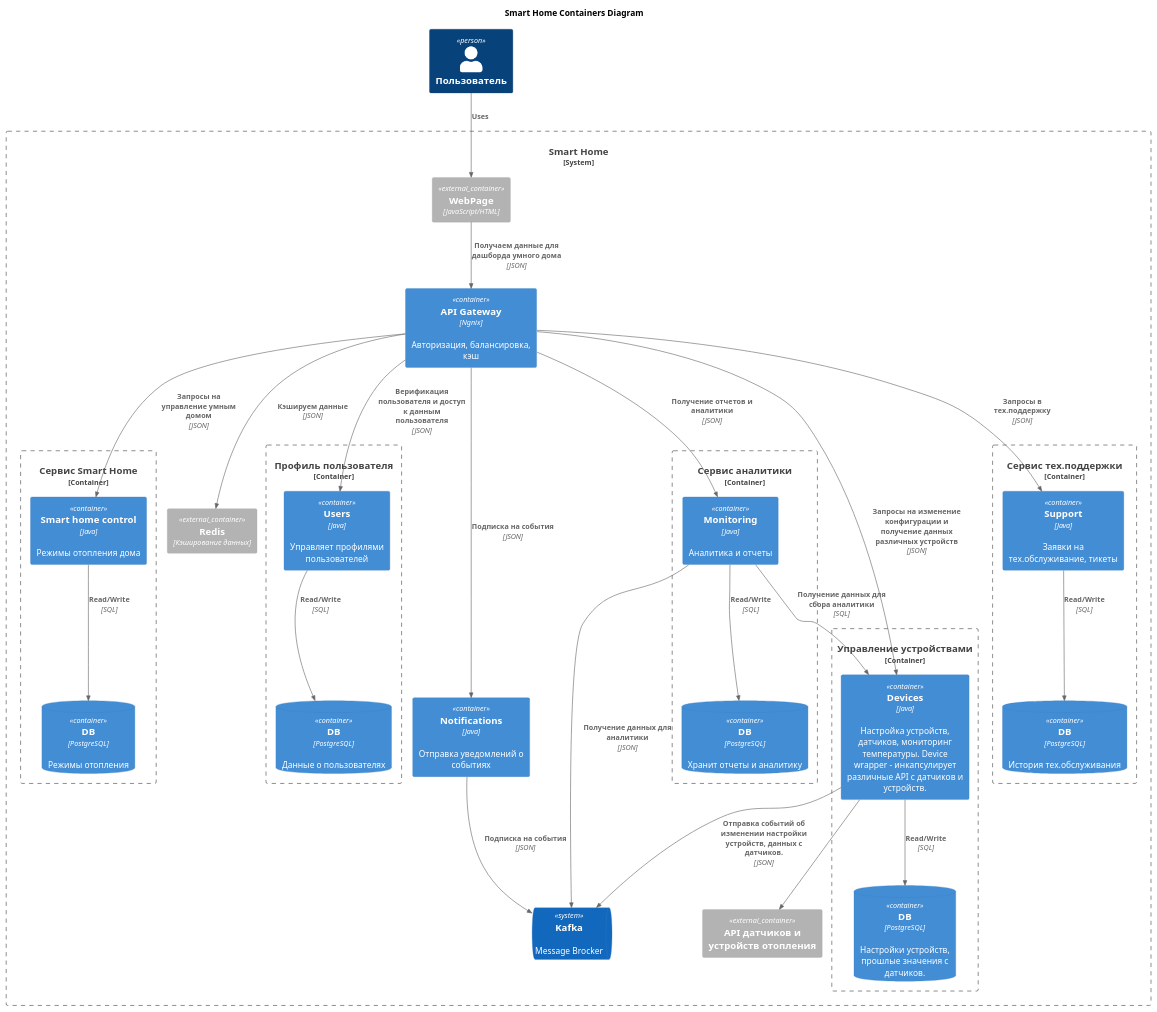
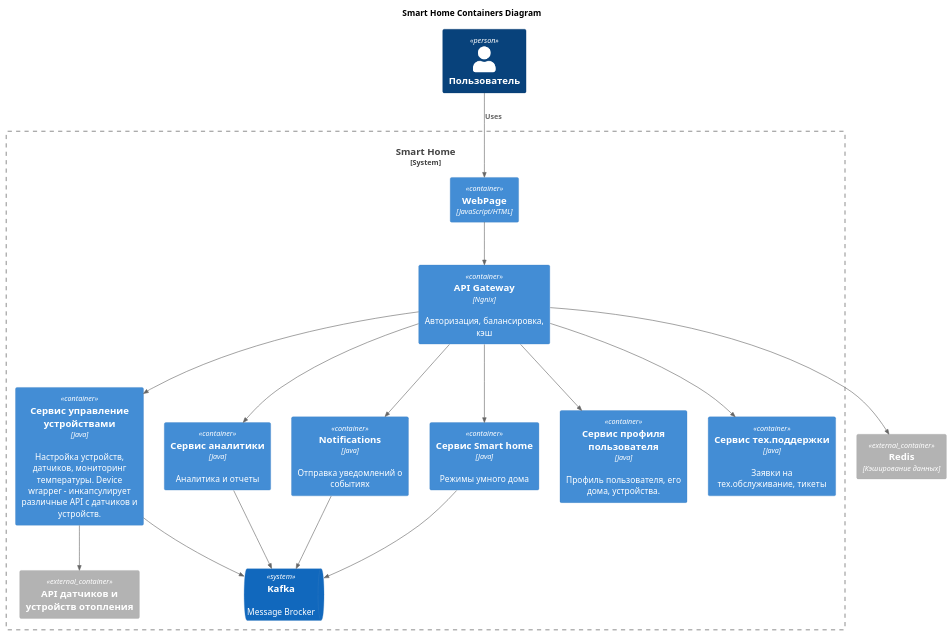
Before and after one commit to AlbertDavletov/architecture-sprint-3: the diagram in docs/containers/smart-home-containers.puml, drawn with PlantUML. The commit also changed 1 other file, not shown here.

Commit message:
Add Smart Home Component diagram and update contrainer schema

```diff
--- a/docs/containers/smart-home-containers.puml
+++ b/docs/containers/smart-home-containers.puml
@@ -1,60 +1,43 @@
 @startuml Containers
 title Smart Home Containers Diagram
 !include https://raw.githubusercontent.com/plantuml-stdlib/C4-PlantUML/master/C4_Container.puml
 
 Person(user, "Пользователь")
 
 System_Boundary(SmartHome, "Smart Home") {
+    Container(UIContainer, "WebPage", "JavaScript/HTML")
     Container(APIGatewayContainer, "API Gateway","Ngnix", "Авторизация, балансировка, кэш")
-    Container_Boundary(SmartHomeControlBoundary, "Сервис Smart Home") {
-        Container(SmartHomeControlContainer, "Smart home control", "Java", "Режимы отопления дома")
-        ContainerDb(SmartHomeControlContainerDB, "DB", "PostgreSQL", "Режимы отопления")
-    }
-    Container_Boundary(DeviceContainerBoundary, "Управление устройствами") {
-        Container(DevicesContainer, "Devices", "Java", "Настройка устройств, датчиков, мониторинг температуры. Device wrapper - инкапсулирует различные API с датчиков и устройств.")
-        ContainerDb(DevicesContainerDB, "DB", "PostgreSQL", "Настройки устройств, прошлые значения с датчиков.")
-    }
-    Container_Boundary(UserContainerBoundary, "Профиль пользователя") {
-        Container(UserContainer, "Users", "Java", "Управляет профилями пользователей")
-        ContainerDb(UserContainerDB, "DB", "PostgreSQL", "Данные о пользователях")
-    }
-    Container_Boundary(AnalyticsContainerBoundary, "Сервис аналитики") {
-        Container(AnalyticsContainer, "Monitoring", "Java", "Аналитика и отчеты")
-        ContainerDb(AnalyticsContainerDB, "DB", "PostgreSQL", "Хранит отчеты и аналитику")
-    }
-    Container_Boundary(SupportContainerBoundary, "Сервис тех.поддержки") {
-        Container(SupportContainer, "Support", "Java", "Заявки на тех.обслуживание, тикеты")
-        ContainerDb(SupportContainerDB, "DB", "PostgreSQL", "История тех.обслуживания")
-    }
+    Container(SmartHomeControlContainer, "Сервис Smart home", "Java", "Режимы умного дома")
+    Container(DevicesContainer, "Сервис управление устройствами", "Java", "Настройка устройств, датчиков, мониторинг температуры. Device wrapper - инкапсулирует различные API с датчиков и устройств.")
+
+    Container(AnalyticsContainer, "Сервис аналитики", "Java", "Аналитика и отчеты")
 
     Container(NotificationService, "Notifications", "Java", "Отправка уведомлений о событиях")
+    Container(UserContainer, "Сервис профиля пользователя", "Java", "Профиль пользователя, его дома, устройства.")
+    Container(SupportContainer, "Сервис тех.поддержки", "Java", "Заявки на тех.обслуживание, тикеты")
+
     SystemQueue(Kafka, "Kafka", "Message Brocker")
+    Container_Ext(DevicesAPIContainerExt, "API датчиков и устройств отопления")
+}
 
-Container_Ext(UIContainerExt, "WebPage", "JavaScript/HTML")
-Container_Ext(DevicesAPIContainerExt, "API датчиков и устройств отопления")
 Container_Ext(RedisContainerExt, "Redis", "Кэширование данных")
 
-Rel(user, UIContainerExt, "Uses")
-Rel(UIContainerExt, APIGatewayContainer, "Получаем данные для дашборда умного дома", "JSON" )
-Rel(APIGatewayContainer, UserContainer, "Верификация пользователя и доступ к данным пользователя", "JSON")
-Rel(APIGatewayContainer, SmartHomeControlContainer, "Запросы на yправление умным домом", "JSON")
-Rel(APIGatewayContainer, DevicesContainer, "Запросы на изменение конфигурации и получение данных различных устройств", "JSON")
+Rel(user, UIContainer, "Uses")
+Rel(UIContainer, APIGatewayContainer, "")
+Rel(APIGatewayContainer, UserContainer, "")
+Rel(APIGatewayContainer, SmartHomeControlContainer, "")
+Rel(APIGatewayContainer, DevicesContainer, "")
 
-Rel(APIGatewayContainer, AnalyticsContainer, "Получение отчетов и аналитики", "JSON")
-Rel(APIGatewayContainer, NotificationService, "Подписка на события", "JSON")
-Rel(APIGatewayContainer, SupportContainer, "Запросы в тех.поддержку", "JSON")
-Rel(APIGatewayContainer, RedisContainerExt, "Кэшируем данные", "JSON")
+Rel(APIGatewayContainer, AnalyticsContainer, "")
+Rel(APIGatewayContainer, NotificationService, "")
+Rel(APIGatewayContainer, SupportContainer, "")
+Rel(APIGatewayContainer, RedisContainerExt, "")
 
-Rel(UserContainer, UserContainerDB, "Read/Write", "SQL")
-Rel(SmartHomeControlContainer, SmartHomeControlContainerDB, "Read/Write", "SQL")
-Rel(DevicesContainer, DevicesContainerDB, "Read/Write", "SQL")
-Rel(AnalyticsContainer, AnalyticsContainerDB, "Read/Write", "SQL")
-Rel(SupportContainer, SupportContainerDB, "Read/Write", "SQL")
 Rel(DevicesContainer, DevicesAPIContainerExt, "")
-Rel(AnalyticsContainer, DevicesContainer, "Получение данных для сбора аналитики", "SQL")
 
-Rel(NotificationService, Kafka, "Подписка на события", "JSON")
-Rel(AnalyticsContainer, Kafka, "Получение данных для аналитики", "JSON")
-Rel(DevicesContainer, Kafka, "Отправка событий об изменении настройки устройств, данных с датчиков.", "JSON")
+Rel(SmartHomeControlContainer, Kafka, "")
+Rel(NotificationService, Kafka, "")
+Rel(AnalyticsContainer, Kafka, "")
+Rel(DevicesContainer, Kafka, "")
 
 @enduml
```
